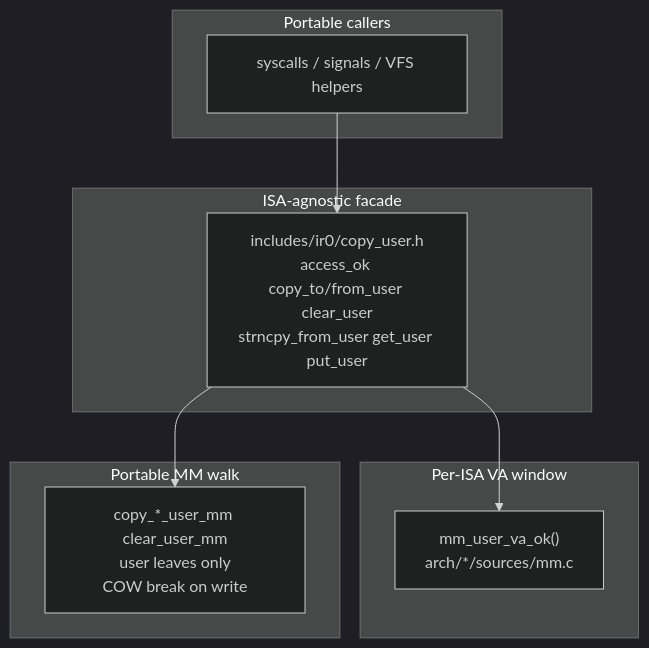
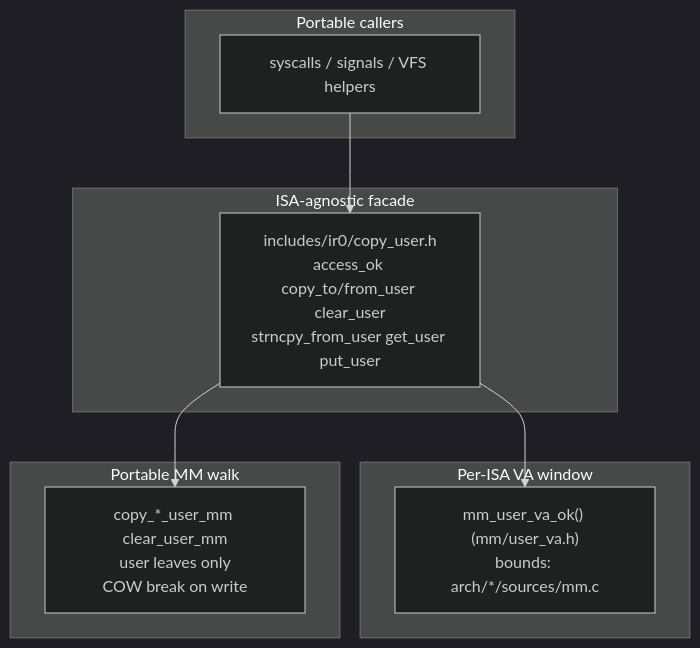
Before and after one commit to IRodriguez13/IR0: the diagram in Documentation/uaccess.md, drawn with Mermaid (dark theme). The commit also changed other lines of this file and 8 other files, not shown here.

````diff
--- a/Documentation/uaccess.md
+++ b/Documentation/uaccess.md
@@ -36,17 +36,17 @@
 ```mermaid
 flowchart TB
   subgraph callers [Portable callers]
     Sys[syscalls / signals / VFS helpers]
   end
   subgraph facade [ISA-agnostic facade]
     CU["includes/ir0/copy_user.h<br/>access_ok copy_to/from_user clear_user<br/>strncpy_from_user get_user put_user"]
   end
   subgraph isa [Per-ISA VA window]
-    VA["mm_user_va_ok()<br/>arch/*/sources/mm.c"]
+    VA["mm_user_va_ok() (mm/user_va.h)<br/>bounds: arch/*/sources/mm.c"]
   end
   subgraph mm [Portable MM walk]
     REG["copy_*_user_mm clear_user_mm<br/>user leaves only<br/>COW break on write"]
   end
   Sys --> CU --> VA
   CU --> REG
 ```
````
